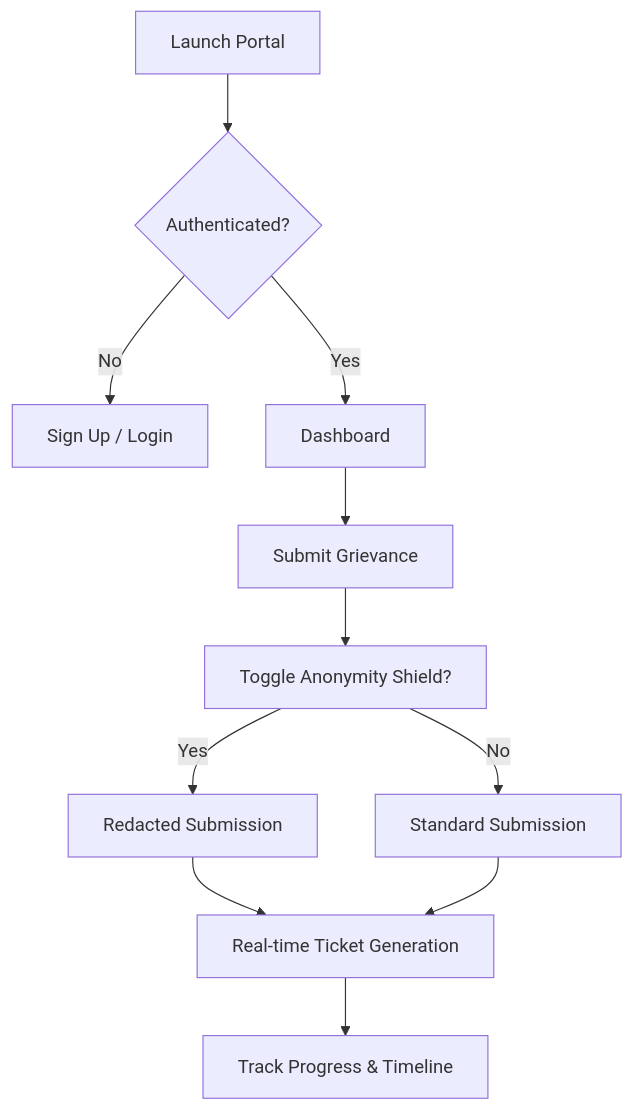
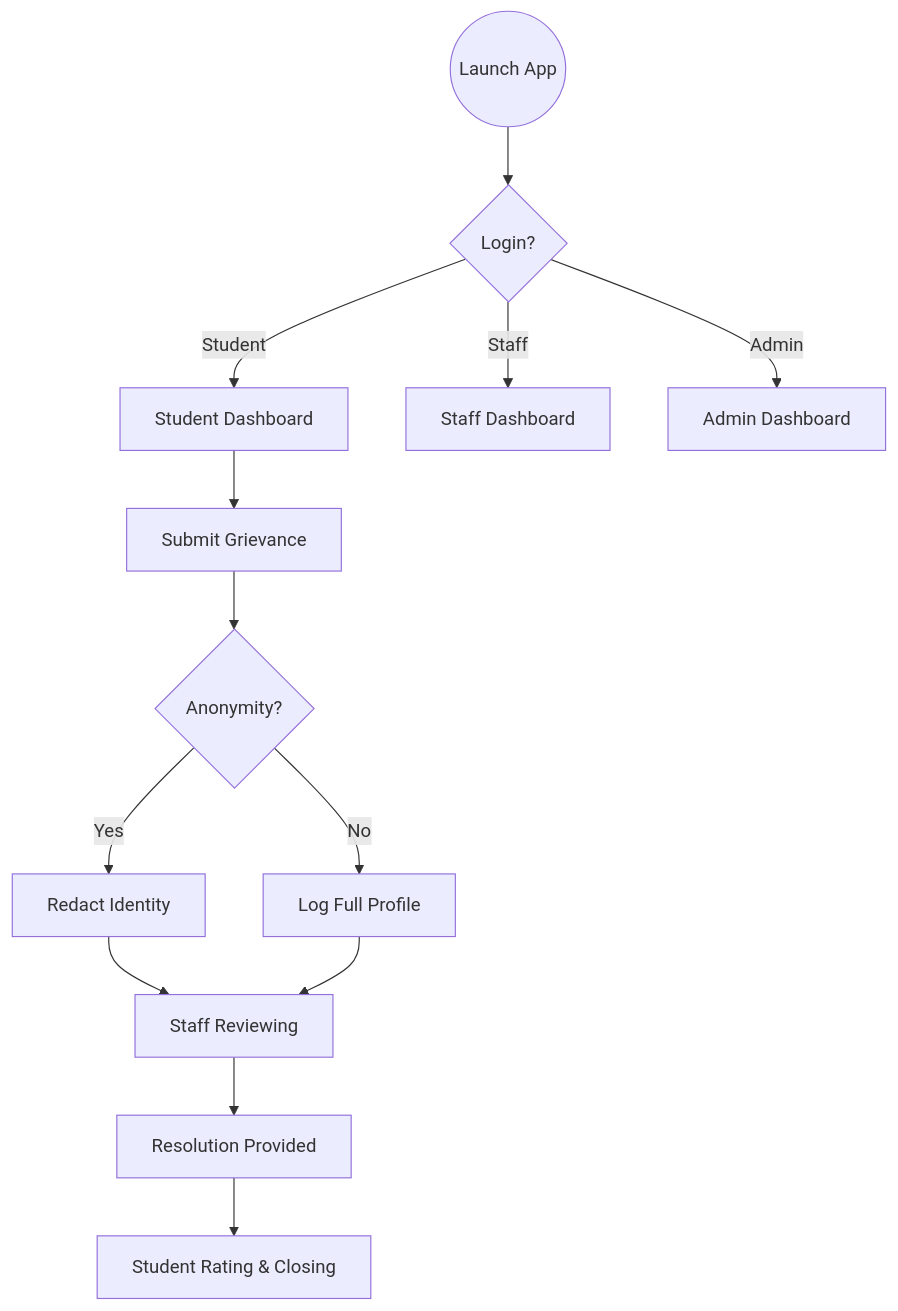
The first of 2 diagrams in README.md (tonyboss365/Student-Grivence-Management), drawn with Mermaid before and after one commit. The commit also changed other lines of this file, not shown here.

````diff
--- a/README.md
+++ b/README.md
@@ -35,12 +73,16 @@
 ```mermaid
 graph TD
-    A[Launch Portal] --> B{Authenticated?}
-    B -- No --> C[Sign Up / Login]
-    B -- Yes --> D[Dashboard]
-    D --> E[Submit Grievance]
-    E --> F[Toggle Anonymity Shield?]
-    F -- Yes --> G[Redacted Submission]
-    F -- No --> H[Standard Submission]
-    G & H --> I[Real-time Ticket Generation]
-    I --> J[Track Progress & Timeline]
+    Start((Launch App)) --> Login{Login?}
+    Login -- Student --> SD[Student Dashboard]
+    Login -- Staff --> SFD[Staff Dashboard]
+    Login -- Admin --> AD[Admin Dashboard]
+    
+    SD --> Create[Submit Grievance]
+    Create --> Privacy{Anonymity?}
+    Privacy -- Yes --> Redact[Redact Identity]
+    Privacy -- No --> Normal[Log Full Profile]
+    
+    Redact & Normal --> Review[Staff Reviewing]
+    Review --> Resolve[Resolution Provided]
+    Resolve --> Rating[Student Rating & Closing]
 ```
````
